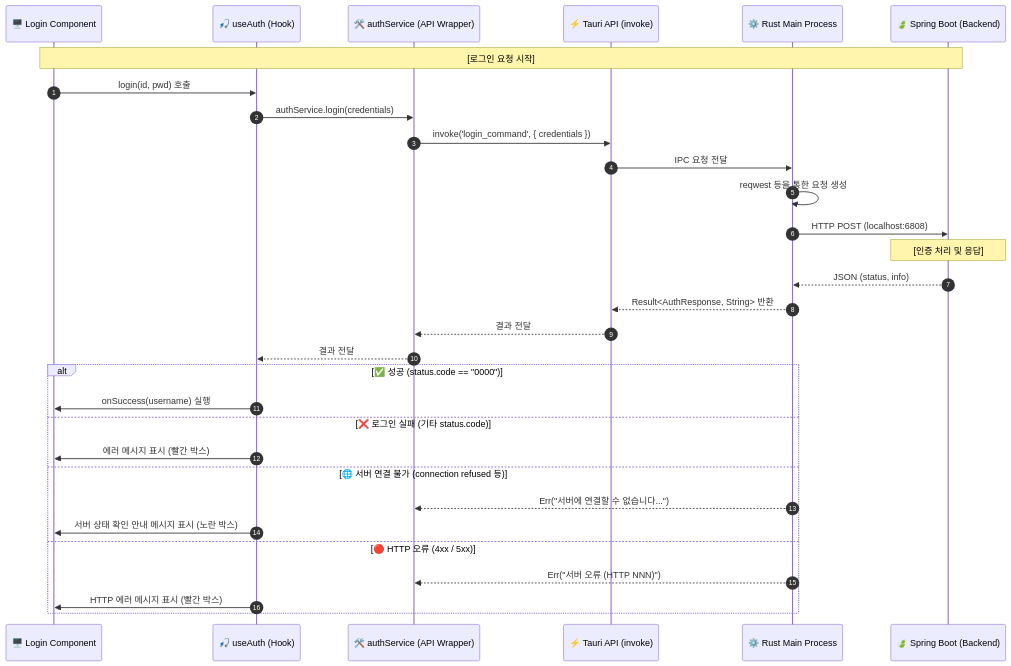
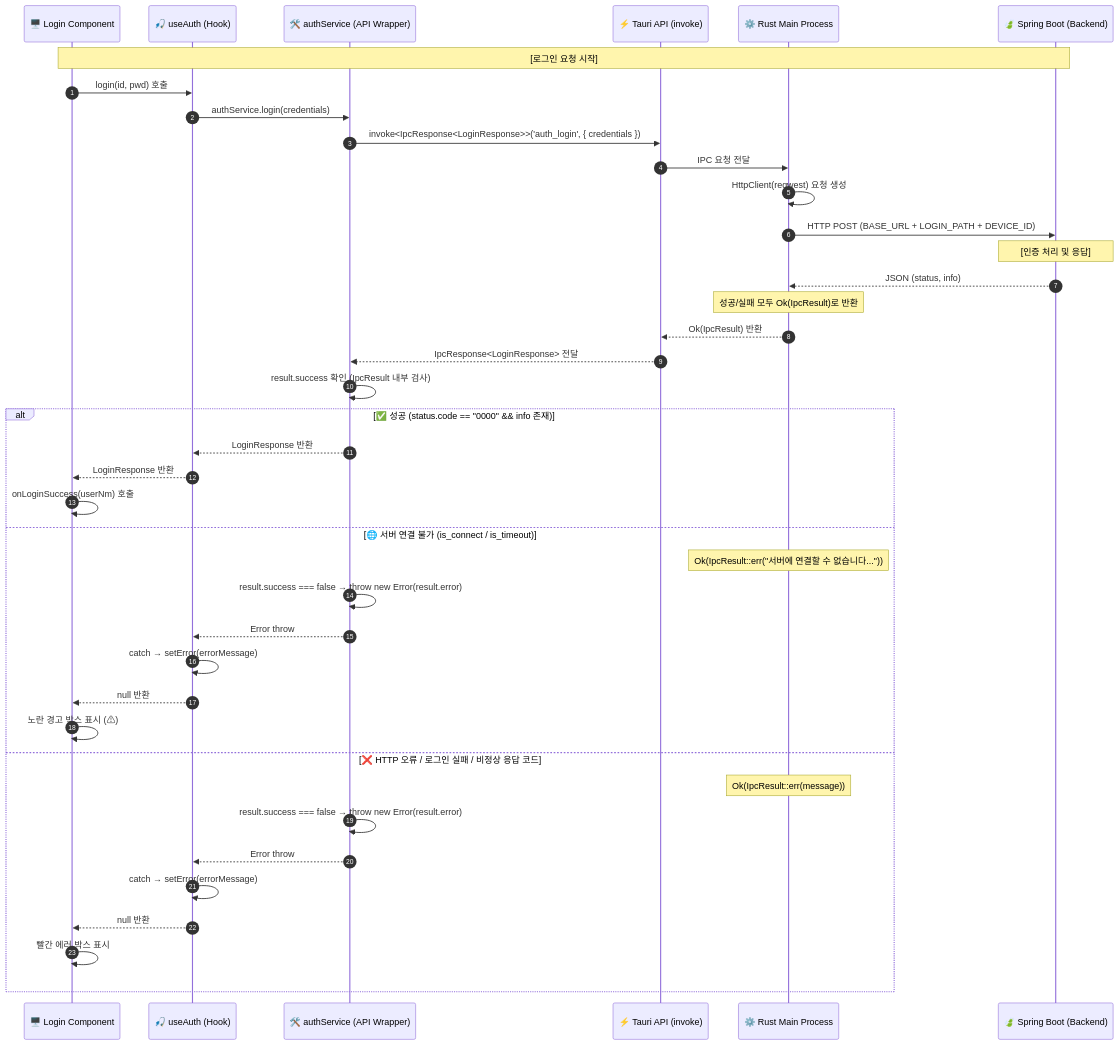
The second of 2 diagrams in README.md (blueclover22/study_tauri), drawn with Mermaid before and after one commit. The commit also changed other lines of this file and 8 other files, not shown here.

````diff
--- a/README.md
+++ b/README.md
@@ -193,38 +195,47 @@
 ```mermaid
 sequenceDiagram
     autonumber
     participant UI as 🖥️ Login Component
     participant Hook as 🎣 useAuth (Hook)
     participant SVC as 🛠️ authService (API Wrapper)
     participant Tauri as ⚡ Tauri API (invoke)
     participant Main as ⚙️ Rust Main Process
     participant API as 🍃 Spring Boot (Backend)
 
     Note over UI, API: [로그인 요청 시작]
     UI ->> Hook: login(id, pwd) 호출
     Hook ->> SVC: authService.login(credentials)
-    
-    SVC ->> Tauri: invoke('login_command', { credentials })
+
+    SVC ->> Tauri: invoke<IpcResponse<LoginResponse>>('auth_login', { credentials })
     Tauri ->> Main: IPC 요청 전달
-    
-    Main ->> Main: reqwest 등을 통한 요청 생성
-    Main ->> API: HTTP POST (localhost:6808)
+
+    Main ->> Main: HttpClient(reqwest) 요청 생성
+    Main ->> API: HTTP POST (BASE_URL + LOGIN_PATH + DEVICE_ID)
 
     Note over API: [인증 처리 및 응답]
     API -->> Main: JSON (status, info)
-    Main -->> Tauri: Result<AuthResponse, String> 반환
-    Tauri -->> SVC: 결과 전달
-    SVC -->> Hook: 결과 전달
+    Note over Main: 성공/실패 모두 Ok(IpcResult)로 반환
+    Main -->> Tauri: Ok(IpcResult) 반환
+    Tauri -->> SVC: IpcResponse<LoginResponse> 전달
+    SVC ->> SVC: result.success 확인 (IpcResult 내부 검사)
 
-    alt ✅ 성공 (status.code == "0000")
-        Hook ->> UI: onSuccess(username) 실행
-    else ❌ 로그인 실패 (기타 status.code)
-        Hook ->> UI: 에러 메시지 표시 (빨간 박스)
-    else 🌐 서버 연결 불가 (connection refused 등)
-        Main -->> SVC: Err("서버에 연결할 수 없습니다...")
-        Hook ->> UI: 서버 상태 확인 안내 메시지 표시 (노란 박스)
-    else 🔴 HTTP 오류 (4xx / 5xx)
-        Main -->> SVC: Err("서버 오류 (HTTP NNN)")
-        Hook ->> UI: HTTP 에러 메시지 표시 (빨간 박스)
+    alt ✅ 성공 (status.code == "0000" && info 존재)
+        SVC -->> Hook: LoginResponse 반환
+        Hook -->> UI: LoginResponse 반환
+        UI ->> UI: onLoginSuccess(userNm) 호출
+    else 🌐 서버 연결 불가 (is_connect / is_timeout)
+        Note over Main: Ok(IpcResult::err("서버에 연결할 수 없습니다..."))
+        SVC ->> SVC: result.success === false → throw new Error(result.error)
+        SVC -->> Hook: Error throw
+        Hook ->> Hook: catch → setError(errorMessage)
+        Hook -->> UI: null 반환
+        UI ->> UI: 노란 경고 박스 표시 (⚠)
+    else ❌ HTTP 오류 / 로그인 실패 / 비정상 응답 코드
+        Note over Main: Ok(IpcResult::err(message))
+        SVC ->> SVC: result.success === false → throw new Error(result.error)
+        SVC -->> Hook: Error throw
+        Hook ->> Hook: catch → setError(errorMessage)
+        Hook -->> UI: null 반환
+        UI ->> UI: 빨간 에러 박스 표시
     end
 ```
````
